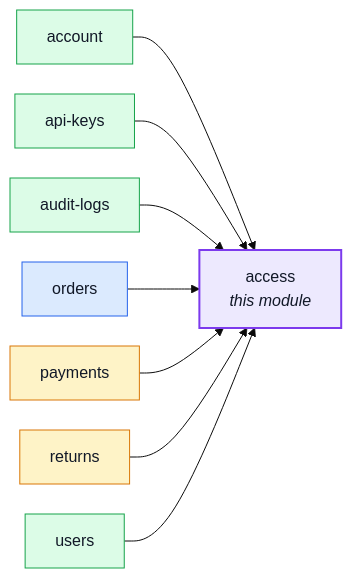
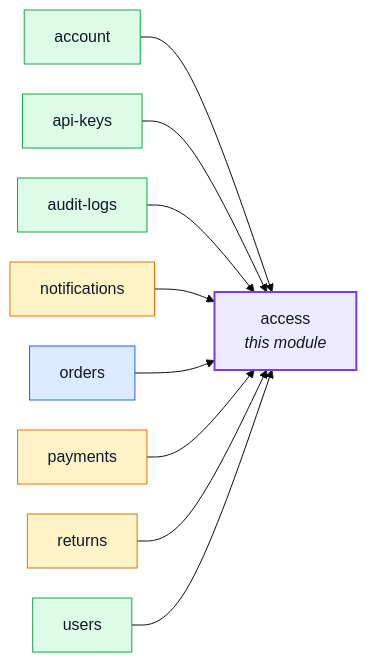
One commit to Guebbit/boilerplate-node-backend changed the first of 2 diagrams in docs/modules/access.md. Above: the diagram before and after it, drawn with Mermaid (base theme). The commit also changed 60 other files, not shown here.

````diff
--- a/docs/modules/access.md
+++ b/docs/modules/access.md
@@ -19,29 +19,31 @@
 ```mermaid
 %%{init: {'flowchart': {'nodeSpacing': 30, 'rankSpacing': 60}}}%%
 flowchart LR
     access["access<br/><i>this module</i>"]
     account["account"]
     api_keys["api-keys"]
     audit_logs["audit-logs"]
+    notifications["notifications"]
     orders["orders"]
     payments["payments"]
     returns["returns"]
     users["users"]
 
     account --> access
     api_keys --> access
     audit_logs --> access
+    notifications --> access
     orders --> access
     payments --> access
     returns --> access
     users --> access
 
     classDef core fill:#dbeafe,stroke:#2563eb,color:#111827;
     classDef supporting fill:#fef3c7,stroke:#d97706,color:#111827;
     classDef generic fill:#dcfce7,stroke:#16a34a,color:#111827;
     classDef centre fill:#ede9fe,stroke:#7c3aed,stroke-width:2px,color:#111827;
     class orders core;
-    class payments,returns supporting;
+    class notifications,payments,returns supporting;
     class account,api_keys,audit_logs,users generic;
     class access centre;
 ```
````
